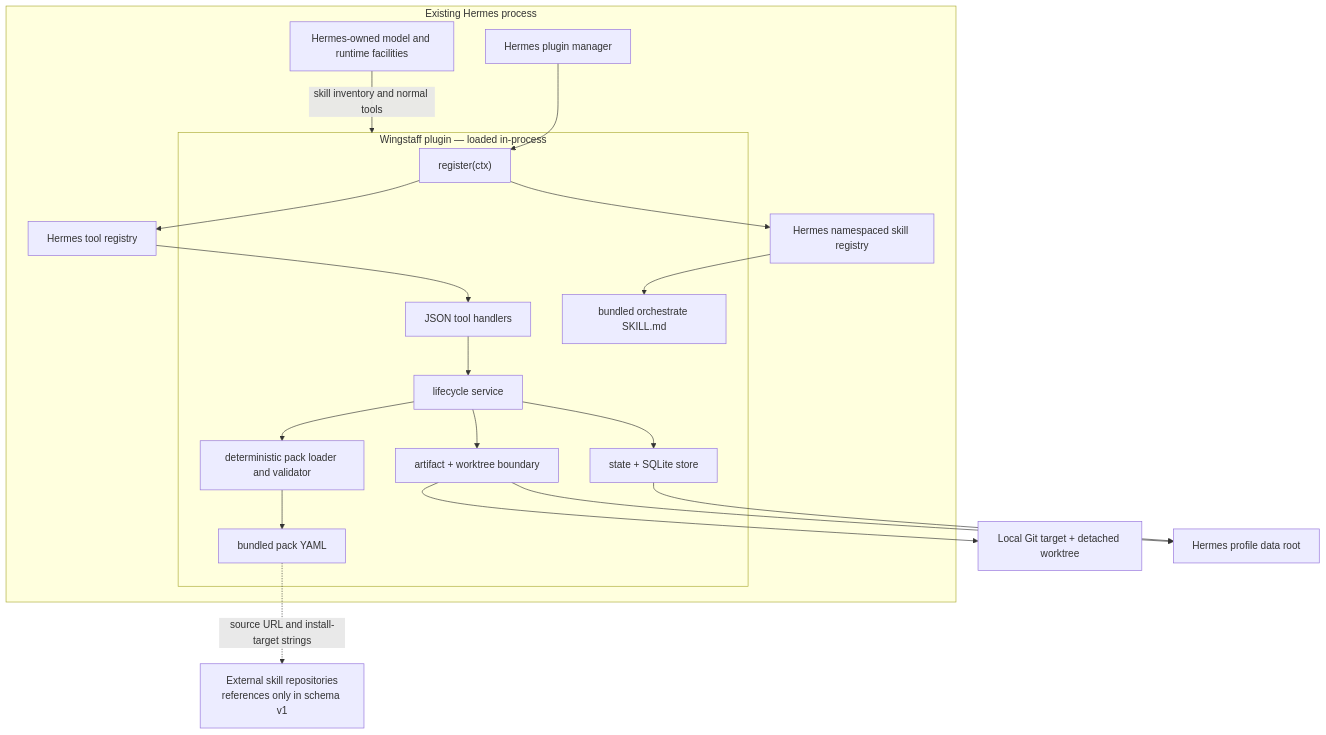
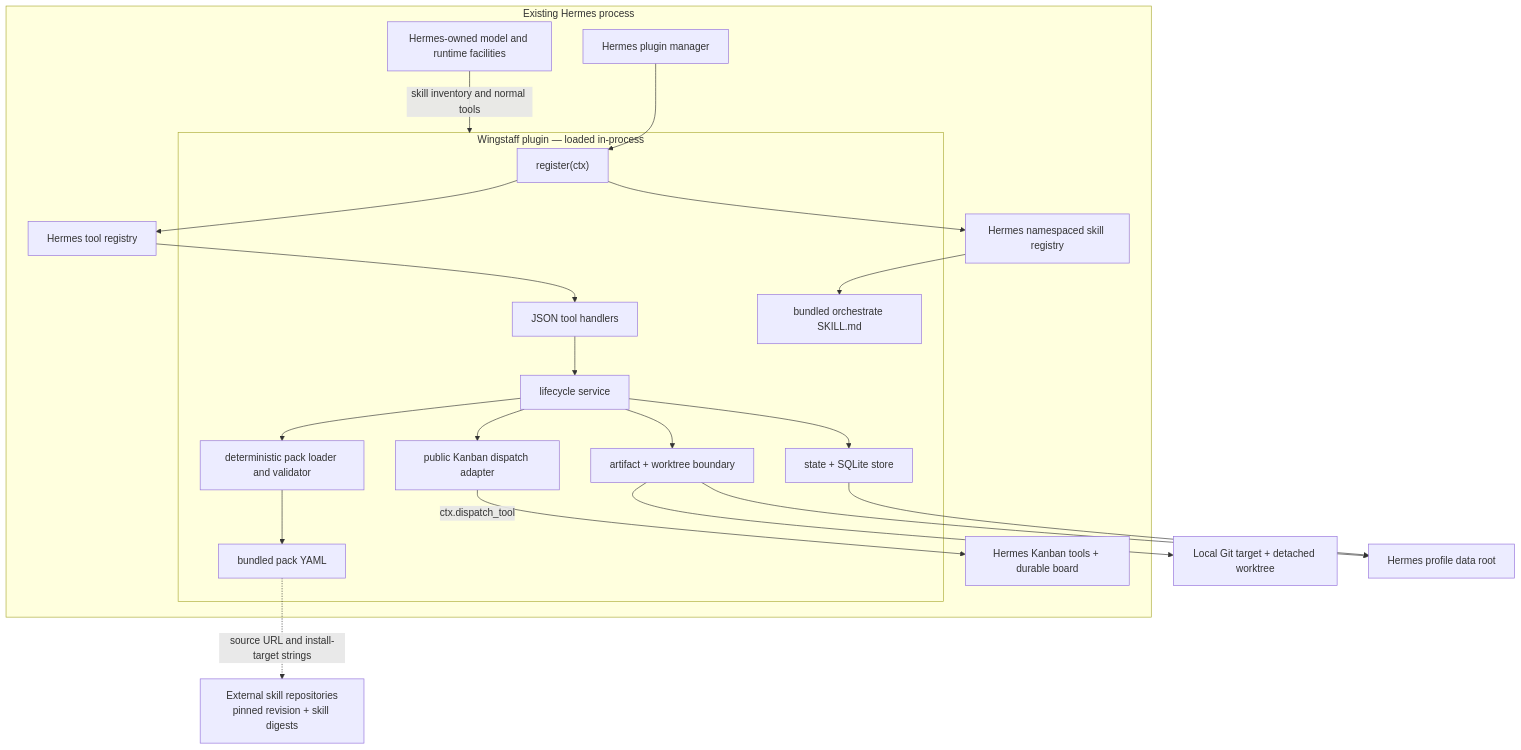
The first of 2 diagrams in docs/01-architecture.md (forgegod/daidala), drawn with Mermaid before and after one commit. The commit also changed other lines of this file and 16 other files, not shown here.

First line of the commit message:
feat(kanban): dispatch approved implementation tasks

````diff
--- a/docs/01-architecture.md
+++ b/docs/01-architecture.md
@@ -16,40 +16,44 @@
 ```mermaid
 flowchart TB
     subgraph H["Existing Hermes process"]
         PM["Hermes plugin manager"]
         TR["Hermes tool registry"]
         SR["Hermes namespaced skill registry"]
         HOST["Hermes-owned model and runtime facilities"]
+        KB["Hermes Kanban tools + durable board"]
 
         subgraph W["Wingstaff plugin — loaded in-process"]
             REG["register(ctx)"]
             TOOL["JSON tool handlers"]
             PACK["deterministic pack loader and validator"]
             SERVICE["lifecycle service"]
             STATE["state + SQLite store"]
             EXEC["artifact + worktree boundary"]
+            KBA["public Kanban dispatch adapter"]
             SKILL["bundled orchestrate SKILL.md"]
             YAML["bundled pack YAML"]
         end
 
         PM --> REG
         REG --> TR
         REG --> SR
         TR --> TOOL
         TOOL --> SERVICE
         SERVICE --> PACK
         SERVICE --> STATE
         SERVICE --> EXEC
+        SERVICE --> KBA
+        KBA -->|"ctx.dispatch_tool"| KB
         PACK --> YAML
         SR --> SKILL
         HOST -->|"skill inventory and normal tools"| W
     end
 
     TARGET["Local Git target + detached worktree"]
     DATA["Hermes profile data root"]
-    EXT["External skill repositories<br>references only in schema v1"]
+    EXT["External skill repositories<br>pinned revision + skill digests"]
     EXEC --> TARGET
     STATE --> DATA
     EXEC --> DATA
     YAML -."source URL and install-target strings".-> EXT
 ```
````
